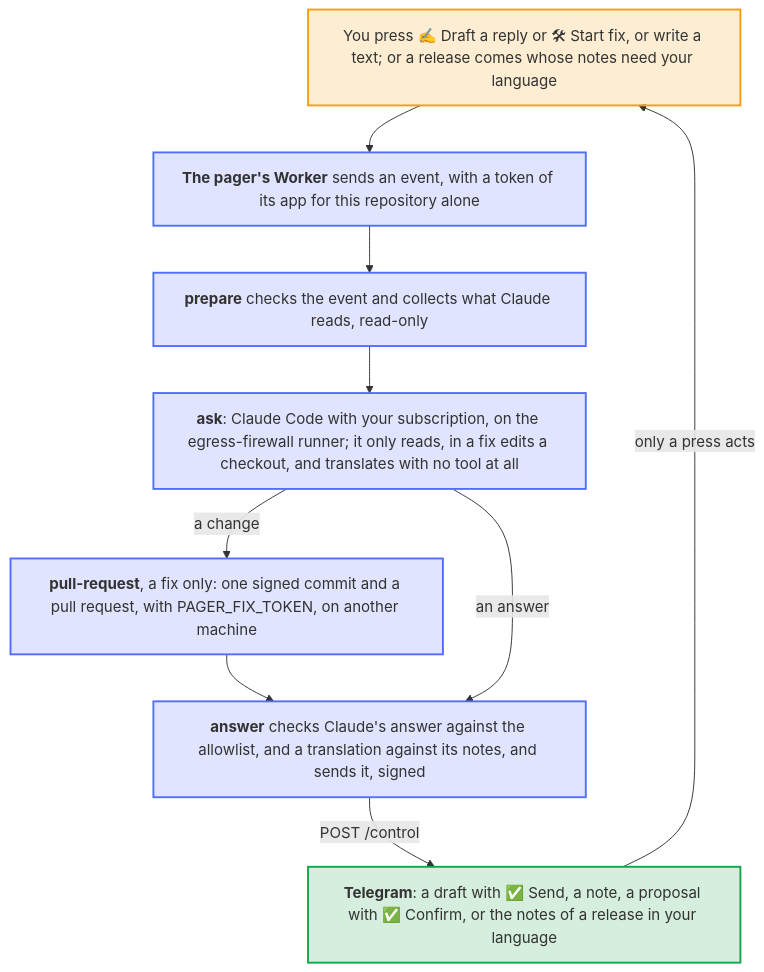
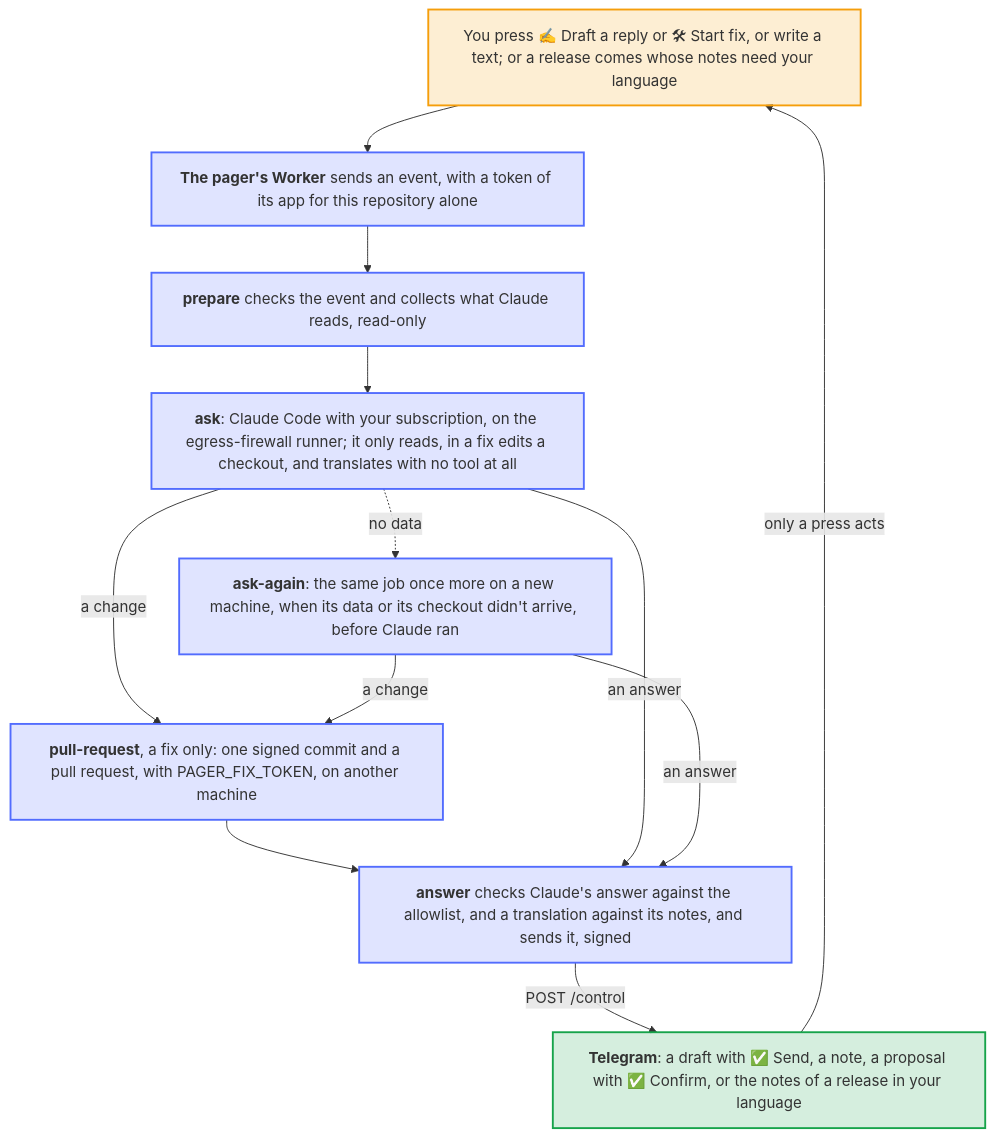
Before and after one commit to Dennis-Otto/repo-pager-control-template: the diagram in docs/diagrams/how-a-job-runs.mmd, drawn with Mermaid. The commit also changed 6 other files, not shown here.

First line of the commit message:
fix: try the job of Claude once more when its data doesn't arrive (#51)

```diff
--- a/docs/diagrams/how-a-job-runs.mmd
+++ b/docs/diagrams/how-a-job-runs.mmd
@@ -1,29 +1,33 @@
 ---
 config:
   flowchart:
     wrappingWidth: 400
 ---
 flowchart TB
     accTitle: How a job of the pager runs
-    accDescr: You press Draft a reply or Start fix, or write a text, or a release comes whose notes need your language, and the pager's Worker sends an event to this private repository. The job prepare checks the event and collects what Claude reads, with the read-only token of the workflow. The job ask runs Claude Code with your subscription on the egress-firewall runner; Claude only reads, in a fix edits a checkout, and translates with no tool at all. For a fix with a change, the job pull-request opens a pull request with PAGER_FIX_TOKEN, on another machine. The job answer checks Claude's answer against the allowlist, and a translation against its notes, and sends it to the Worker, signed. The Worker shows it in Telegram: a draft with Send, a note, a proposal with one Confirm button, which acts only when you press it, or the notes of a release in your language.
+    accDescr: You press Draft a reply or Start fix, or write a text, or a release comes whose notes need your language, and the pager's Worker sends an event to this private repository. The job prepare checks the event and collects what Claude reads, with the read-only token of the workflow. The job ask runs Claude Code with your subscription on the egress-firewall runner; Claude only reads, in a fix edits a checkout, and translates with no tool at all. When the data of the job or its checkout doesn't reach it, before Claude has run, the job ask-again runs it once more on a new machine. For a fix with a change, the job pull-request opens a pull request with PAGER_FIX_TOKEN, on another machine. The job answer checks Claude's answer against the allowlist, and a translation against its notes, and sends it to the Worker, signed. The Worker shows it in Telegram: a draft with Send, a note, a proposal with one Confirm button, which acts only when you press it, or the notes of a release in your language.
 
     you["You press ✍️ Draft a reply or 🛠 Start fix, or write a text; or a release comes whose notes need your language"]
     worker["`**The pager's Worker** sends an event, with a token of its app for this repository alone`"]
     prepare["`**prepare** checks the event and collects what Claude reads, read-only`"]
     ask["`**ask**: Claude Code with your subscription, on the egress-firewall runner; it only reads, in a fix edits a checkout, and translates with no tool at all`"]
+    again["`**ask-again**: the same job once more on a new machine, when its data or its checkout didn't arrive, before Claude ran`"]
     pull["`**pull-request**, a fix only: one signed commit and a pull request, with PAGER_FIX_TOKEN, on another machine`"]
     answer["`**answer** checks Claude's answer against the allowlist, and a translation against its notes, and sends it, signed`"]
     telegram["`**Telegram**: a draft with ✅ Send, a note, a proposal with ✅ Confirm, or the notes of a release in your language`"]
 
     you --> worker --> prepare --> ask
     ask -- "a change" --> pull --> answer
     ask -- "an answer" --> answer
+    ask -. "no data" .-> again
+    again -- "a change" --> pull
+    again -- "an answer" --> answer
     answer -- "POST /control" --> telegram
     telegram -- "only a press acts" --> you
 
     classDef you fill:#f59e0b2e,stroke:#f59e0b,stroke-width:2px
     classDef bot fill:#526cfe2e,stroke:#526cfe,stroke-width:2px
     classDef done fill:#16a34a2e,stroke:#16a34a,stroke-width:2px
     class you you
-    class worker,prepare,ask,pull,answer bot
+    class worker,prepare,ask,again,pull,answer bot
     class telegram done
```
